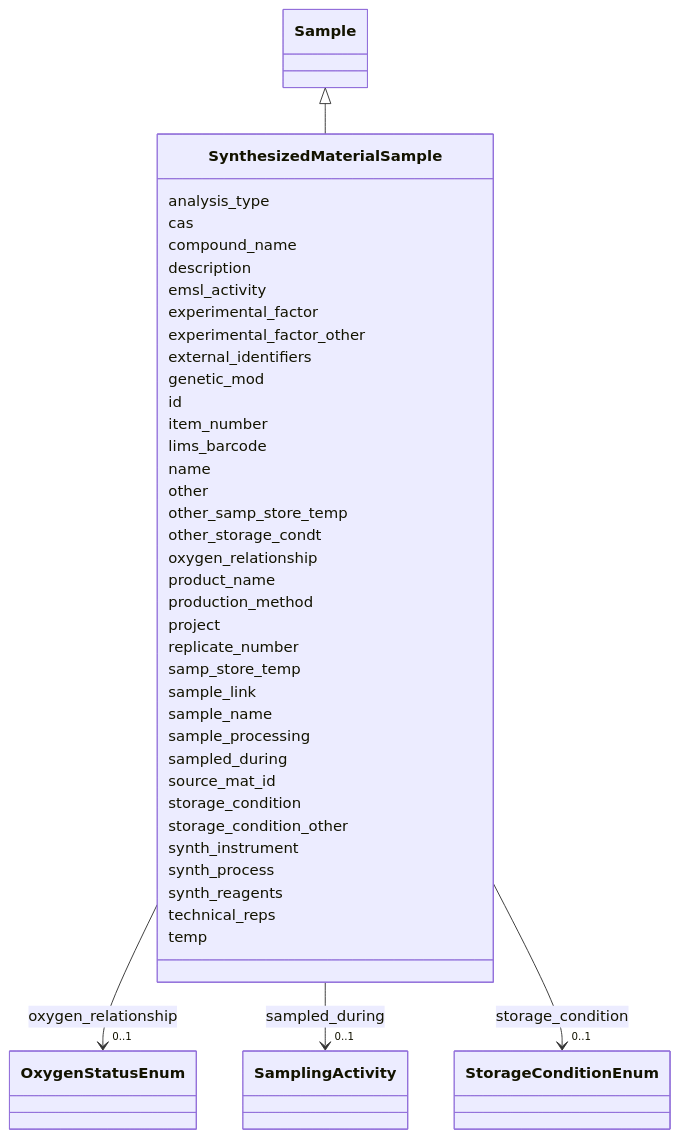
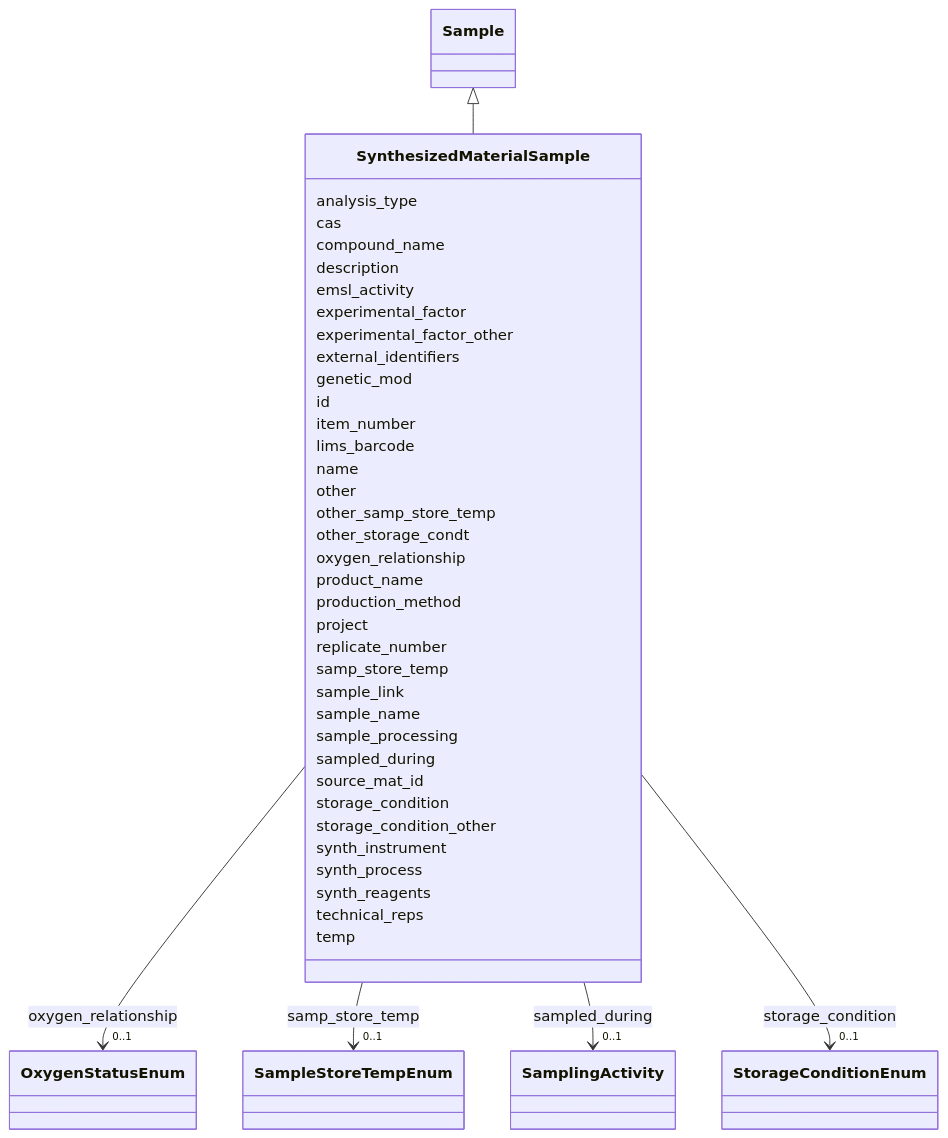
The diagram in docs/elements/SynthesizedMaterialSample.md (EMSL-Computing/BASALT-Schema), drawn with Mermaid before and after one commit. The commit also changed other lines of this file and 388 other files, not shown here.

```diff
--- a/docs/elements/SynthesizedMaterialSample.md
+++ b/docs/elements/SynthesizedMaterialSample.md
@@ -85,6 +85,11 @@
           
     
     
+    
+    
+    SynthesizedMaterialSample --> "0..1" SampleStoreTempEnum : samp_store_temp
+    click SampleStoreTempEnum href "../SampleStoreTempEnum"
+    
 
         
       SynthesizedMaterialSample : sample_link
```
